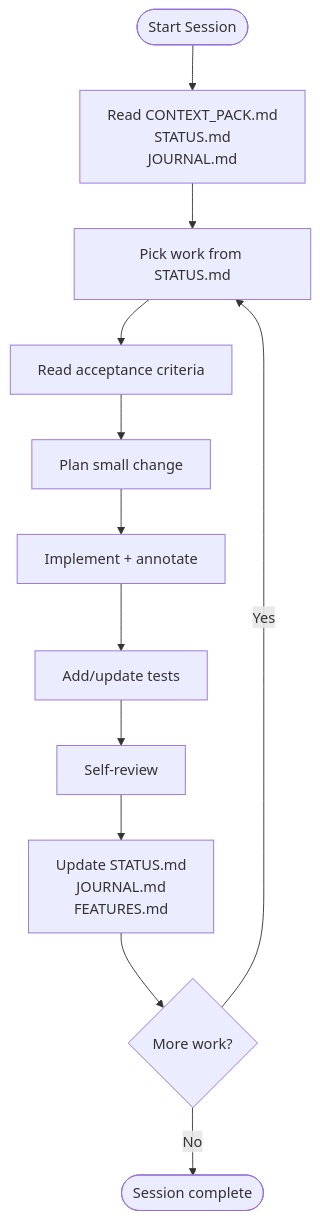
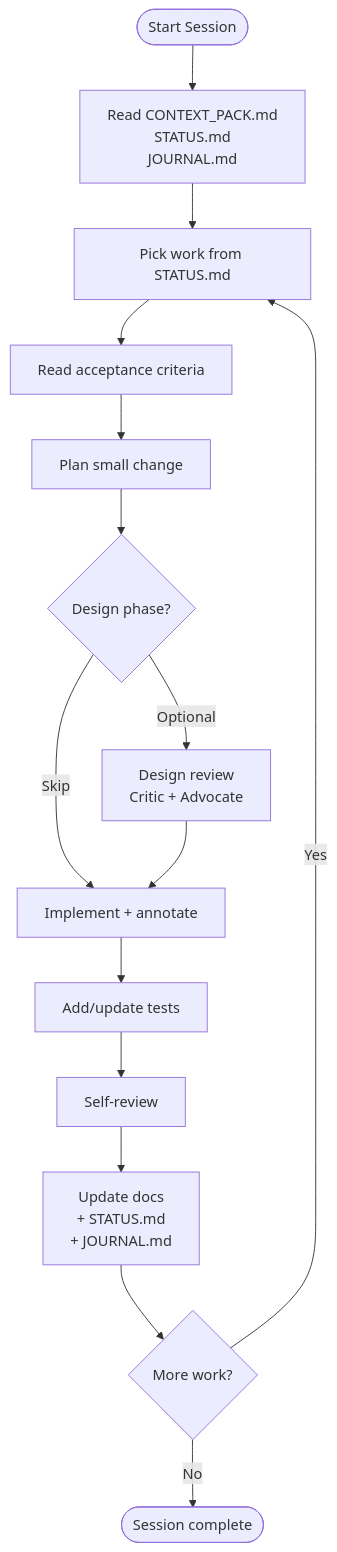
One commit to tomgun/agentic-framework changed the third of 11 diagrams in .agentic/lib/FRAMEWORK_MAP.md. Above: the diagram before and after it, drawn with Mermaid. The commit also changed 21 other files, not shown here.

````diff
--- a/.agentic/lib/FRAMEWORK_MAP.md
+++ b/.agentic/lib/FRAMEWORK_MAP.md
@@ -98,14 +98,17 @@
 ```mermaid
 flowchart TD
     Start([Start Session]) --> ReadContext[Read CONTEXT_PACK.md<br/>STATUS.md<br/>JOURNAL.md]
     ReadContext --> PickWork[Pick work from STATUS.md]
     PickWork --> ReadAcc[Read acceptance criteria]
     ReadAcc --> Plan[Plan small change]
-    Plan --> Implement[Implement + annotate]
+    Plan --> Design{Design phase?}
+    Design -->|Optional| DesignReview[Design review<br/>Critic + Advocate]
+    Design -->|Skip| Implement
+    DesignReview --> Implement[Implement + annotate]
     Implement --> Test[Add/update tests]
     Test --> Review[Self-review]
-    Review --> UpdateDocs[Update STATUS.md<br/>JOURNAL.md<br/>FEATURES.md]
+    Review --> UpdateDocs[Update docs<br/>+ STATUS.md<br/>+ JOURNAL.md]
     UpdateDocs --> Done{More work?}
     Done -->|Yes| PickWork
     Done -->|No| End([Session complete])
 ```
````
